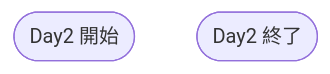
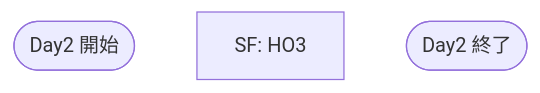
Before and after one commit to KarasuTatehi/last-resort-disturbance: the third of 3 diagrams in specs/routing.md, drawn with Mermaid. The commit also changed other lines of this file, not shown here.

````diff
--- a/specs/routing.md
+++ b/specs/routing.md
@@ -69,6 +69,7 @@
 ```mermaid
 flowchart TD
 D3S([Day2 開始])
+D3-SF-HO3["SF: HO3"]
 
 D3E([Day2 終了])
 ```
````
